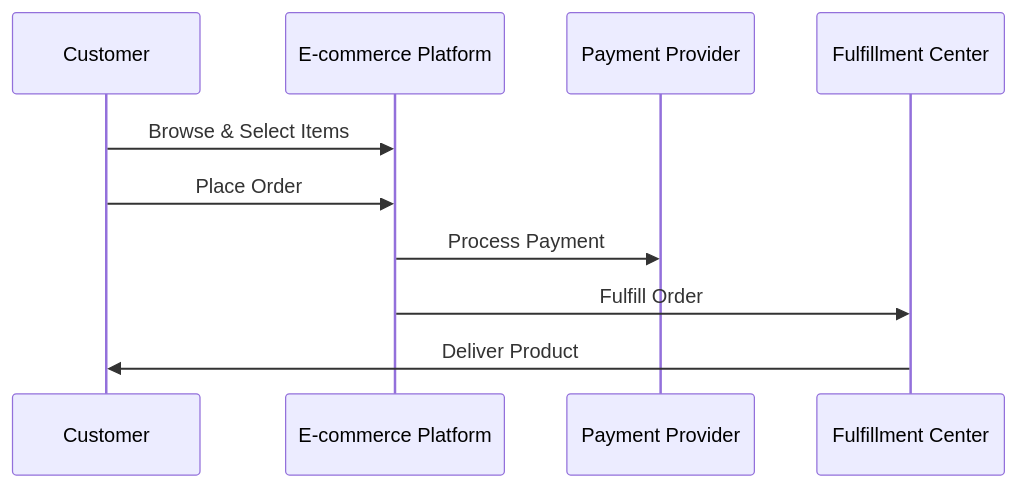
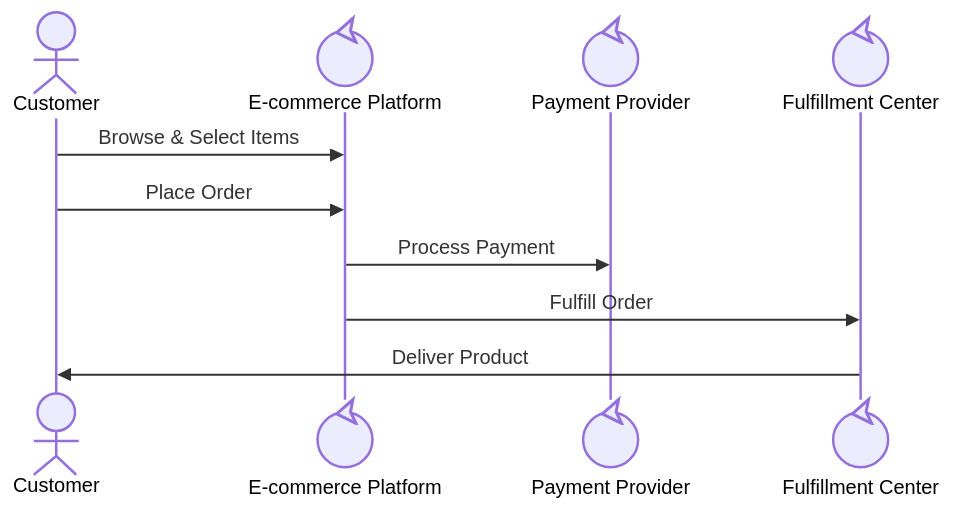
Before and after one commit to zhongadamwang/AI_Slowcooker: the fourth of 13 diagrams in OrgDocument/projects/03 - Building Skills Iteration 2/artifacts/Sample Data/hierarchy-examples.md, drawn with Mermaid. The commit also changed other lines of this file and 2 other files, not shown here.

````diff
--- a/OrgDocument/projects/03 - Building Skills Iteration 2/artifacts/Sample Data/hierarchy-examples.md
+++ b/OrgDocument/projects/03 - Building Skills Iteration 2/artifacts/Sample Data/hierarchy-examples.md
@@ -102,13 +104,13 @@
 ```mermaid
 sequenceDiagram
-    participant Customer as Customer
-    participant ECommerce as E-commerce Platform
-    participant Payment as Payment Provider
-    participant Fulfillment as Fulfillment Center
+    participant Customer@{ "type" : "actor" } as Customer
+    participant ECommerce@{ "type" : "control" } as E-commerce Platform
+    participant Payment@{ "type" : "control" } as Payment Provider
+    participant Fulfillment@{ "type" : "control" } as Fulfillment Center
     
     Customer->>ECommerce: Browse & Select Items
     Customer->>ECommerce: Place Order
     ECommerce->>Payment: Process Payment
     ECommerce->>Fulfillment: Fulfill Order
     Fulfillment->>Customer: Deliver Product
 ```
````
